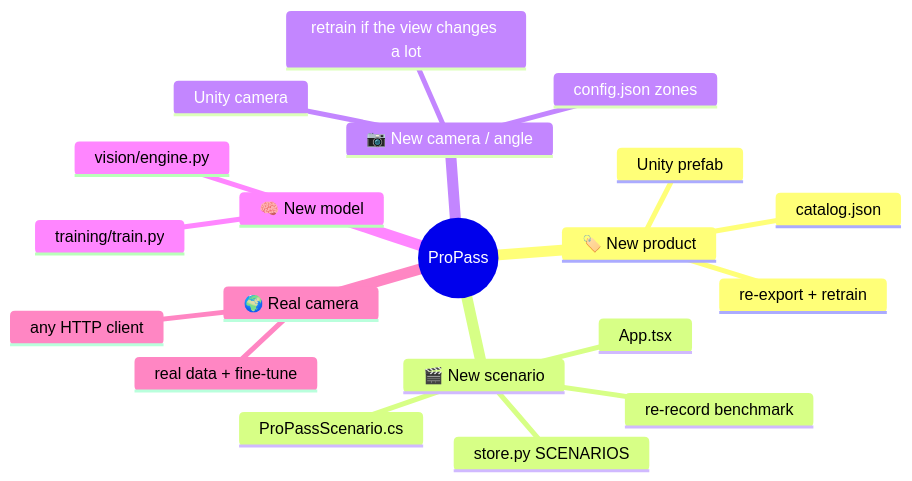
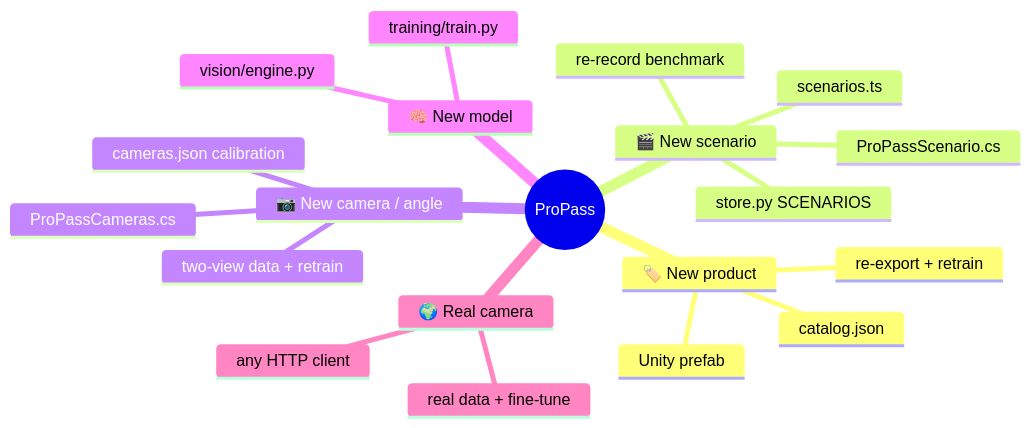
Before and after one commit to dangermos/ProPass: the diagram in docs/extending.md, drawn with Mermaid. The commit also changed other lines of this file and 56 other files, not shown here.

````diff
--- a/docs/extending.md
+++ b/docs/extending.md
@@ -5,23 +5,23 @@
 ```mermaid
 mindmap
   root((ProPass))
     🏷️ New product
       catalog.json
       Unity prefab
       re-export + retrain
     🎬 New scenario
       ProPassScenario.cs
       store.py SCENARIOS
-      App.tsx
+      scenarios.ts
       re-record benchmark
     📷 New camera / angle
-      Unity camera
-      config.json zones
-      retrain if the view changes a lot
+      ProPassCameras.cs
+      cameras.json calibration
+      two-view data + retrain
     🧠 New model
       vision/engine.py
       training/train.py
     🌍 Real camera
       any HTTP client
       real data + fine-tune
 ```
````
